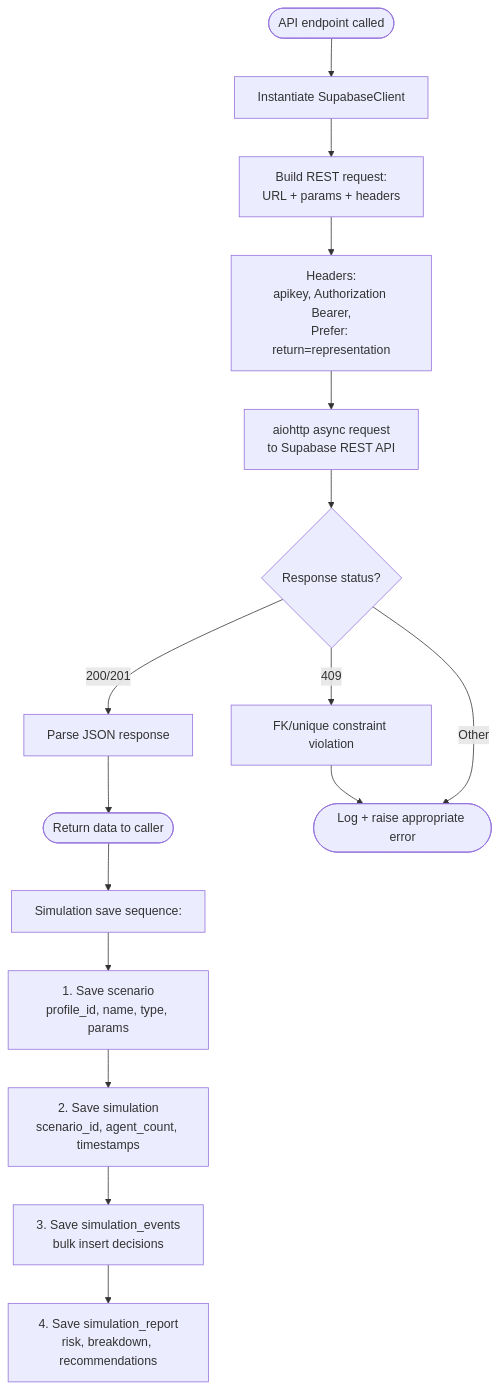
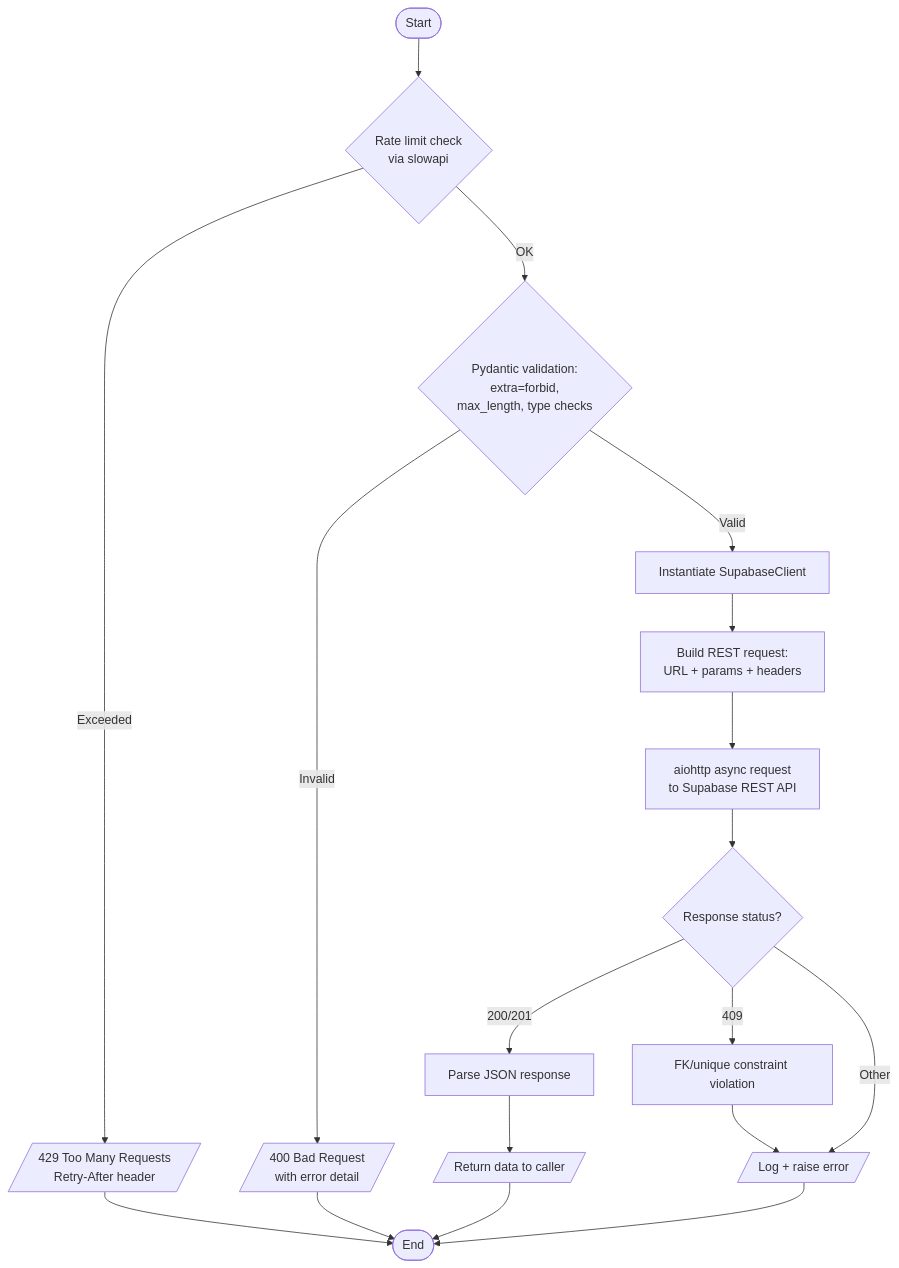
The ninth of 11 diagrams in docs/SYSTEM_FLOWCHARTS.md (shuichi2344/ARIA), drawn with Mermaid before and after one commit. The commit also changed other lines of this file, not shown here.

Commit message:
update system flowchart

````diff
--- a/docs/SYSTEM_FLOWCHARTS.md
+++ b/docs/SYSTEM_FLOWCHARTS.md
@@ -265,20 +280,20 @@
 ```mermaid
 flowchart TD
-    Start([API endpoint called]) --> Client[Instantiate SupabaseClient]
+    Start([Start]) --> RateLimit{Rate limit check<br/>via slowapi}
+    RateLimit -->|Exceeded| Block[/429 Too Many Requests<br/>Retry-After header/]
+    Block --> End([End])
+    RateLimit -->|OK| Validate{Pydantic validation:<br/>extra=forbid,<br/>max_length, type checks}
+    Validate -->|Invalid| Reject[/400 Bad Request<br/>with error detail/]
+    Reject --> End
+    Validate -->|Valid| Client[Instantiate SupabaseClient]
     Client --> Build[Build REST request:<br/>URL + params + headers]
-    Build --> Headers[Headers:<br/>apikey, Authorization Bearer,<br/>Prefer: return=representation]
-    Headers --> Send[aiohttp async request<br/>to Supabase REST API]
+    Build --> Send[aiohttp async request<br/>to Supabase REST API]
     Send --> Status{Response status?}
     Status -->|200/201| Parse[Parse JSON response]
-    Parse --> Return([Return data to caller])
+    Parse --> Return[/Return data to caller/]
+    Return --> End
     Status -->|409| Conflict[FK/unique constraint violation]
-    Conflict --> HandleError([Log + raise appropriate error])
+    Conflict --> HandleError[/Log + raise error/]
+    HandleError --> End
     Status -->|Other| HandleError
-    
-    %% --- Simulation Save Sequence ---
-    Return --> SaveSeq[Simulation save sequence:]
-    SaveSeq --> S1[1. Save scenario<br/>profile_id, name, type, params]
-    S1 --> S2[2. Save simulation<br/>scenario_id, agent_count, timestamps]
-    S2 --> S3[3. Save simulation_events<br/>bulk insert decisions]
-    S3 --> S4[4. Save simulation_report<br/>risk, breakdown, recommendations]
 ```
````
